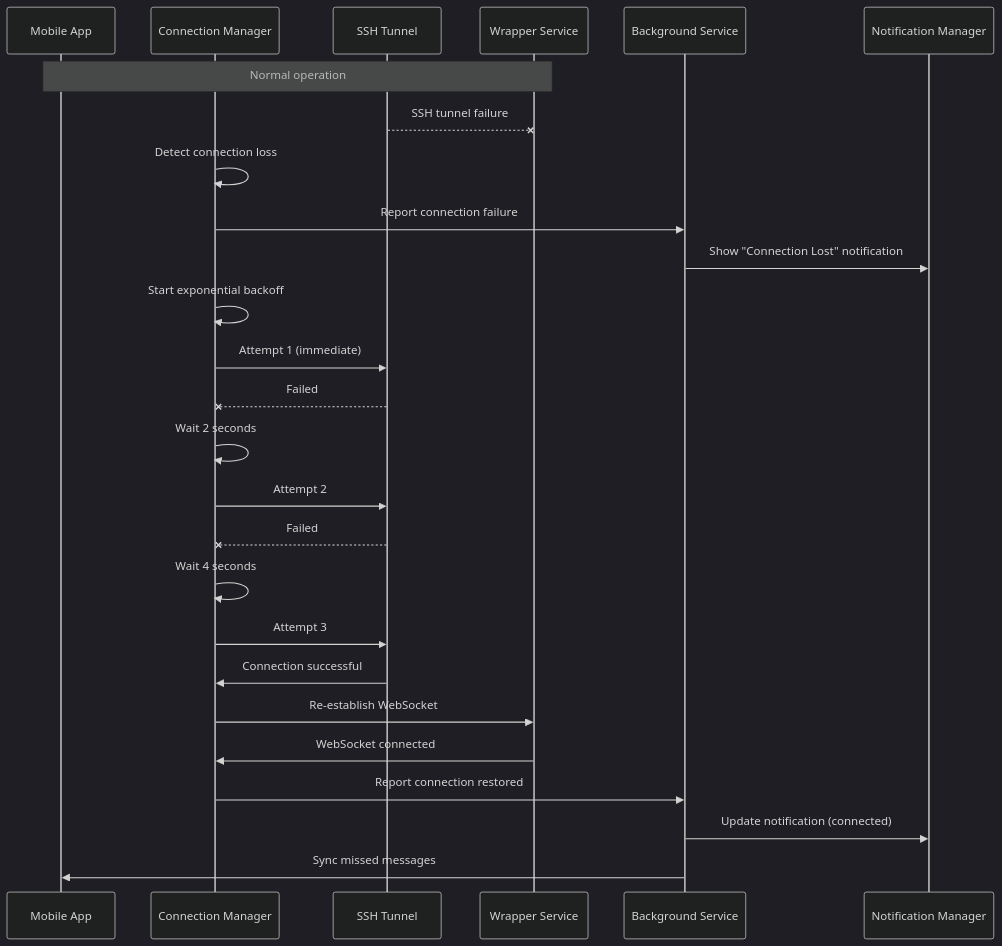
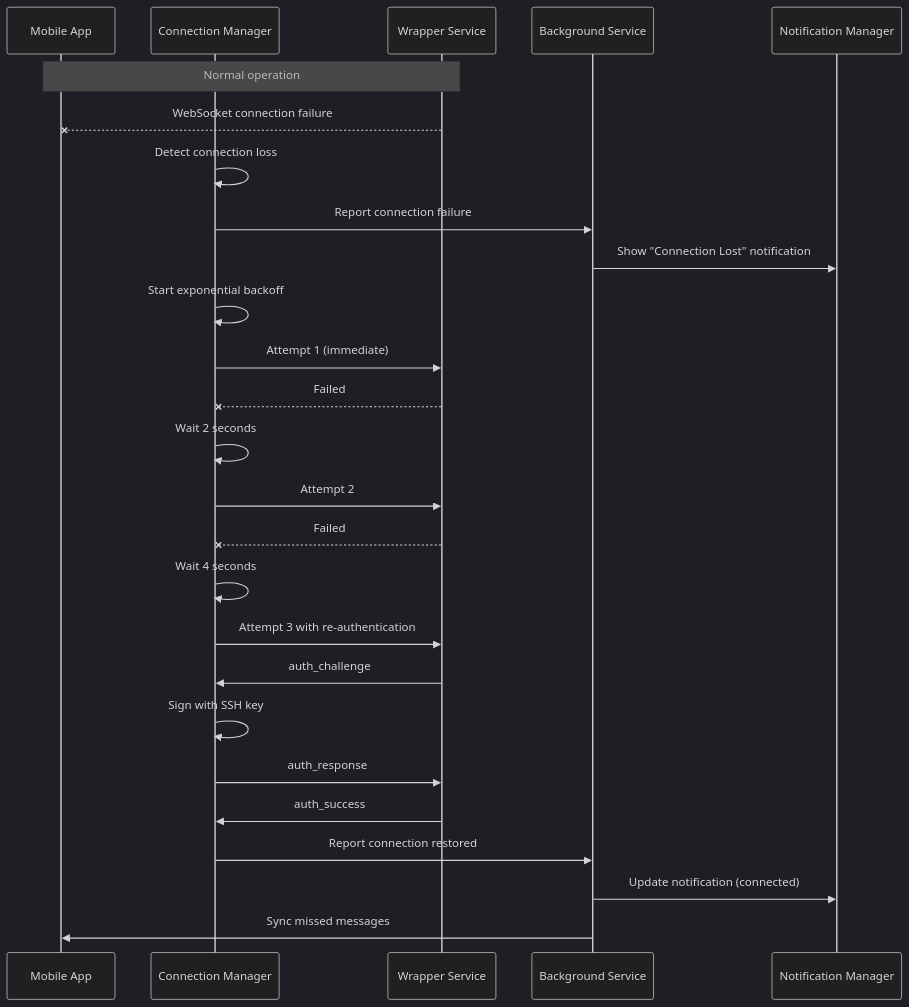
The seventh of 15 diagrams in documentation/project.spec.md (bebsworthy/pocket_agent), drawn with Mermaid (dark theme) before and after one commit. The commit also changed other lines of this file and 26 other files, not shown here.

````diff
--- a/documentation/project.spec.md
+++ b/documentation/project.spec.md
@@ -451,33 +445,33 @@
 ```mermaid
 sequenceDiagram
     participant M as Mobile App
     participant CM as Connection Manager
-    participant SSH as SSH Tunnel
     participant W as Wrapper Service
     participant BS as Background Service
     participant N as Notification Manager
     
     Note over M,W: Normal operation
-    SSH--XW: SSH tunnel failure
+    W--XM: WebSocket connection failure
     CM->>CM: Detect connection loss
     CM->>BS: Report connection failure
     BS->>N: Show "Connection Lost" notification
     
     CM->>CM: Start exponential backoff
-    CM->>SSH: Attempt 1 (immediate)
-    SSH--XCM: Failed
+    CM->>W: Attempt 1 (immediate)
+    W--XCM: Failed
     
     CM->>CM: Wait 2 seconds
-    CM->>SSH: Attempt 2
-    SSH--XCM: Failed
+    CM->>W: Attempt 2
+    W--XCM: Failed
     
     CM->>CM: Wait 4 seconds
-    CM->>SSH: Attempt 3
-    SSH->>CM: Connection successful
+    CM->>W: Attempt 3 with re-authentication
+    W->>CM: auth_challenge
+    CM->>CM: Sign with SSH key
+    CM->>W: auth_response
+    W->>CM: auth_success
     
-    CM->>W: Re-establish WebSocket
-    W->>CM: WebSocket connected
     CM->>BS: Report connection restored
     BS->>N: Update notification (connected)
     BS->>M: Sync missed messages
 ```
````
